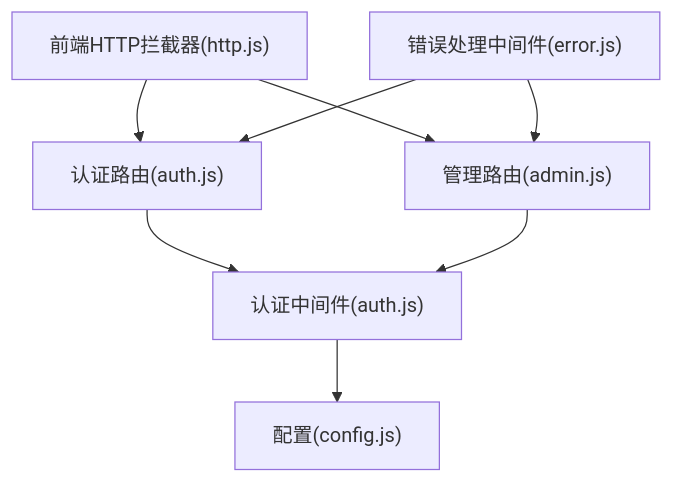
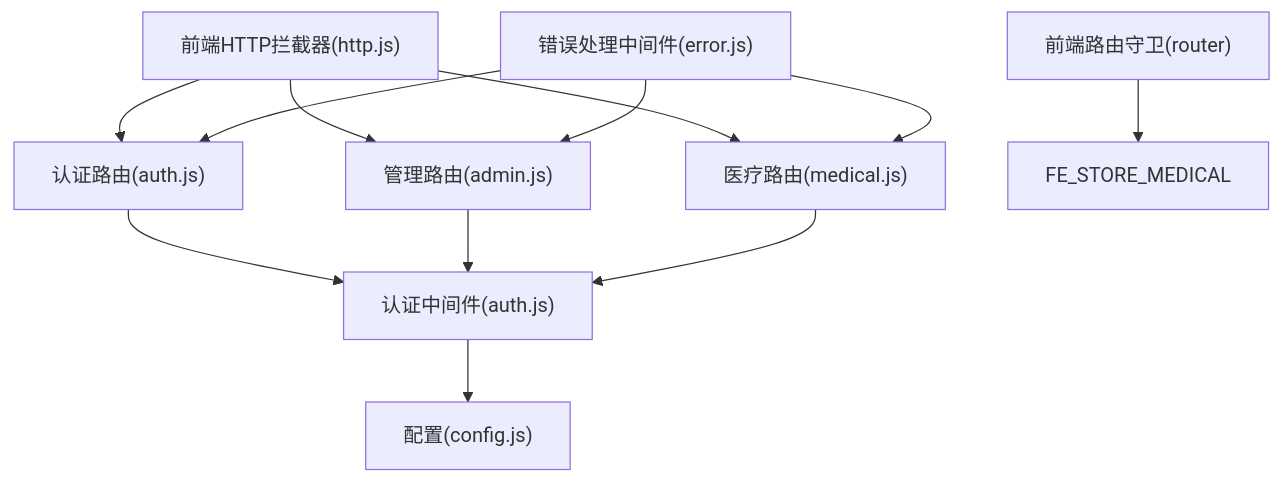
The eighth of 9 diagrams in .qoder/repowiki/zh/content/后端服务架构/核心服务模块/中间件系统/认证中间件.md (Giraffe-Han/microAPP), drawn with Mermaid before and after one commit. The commit also changed other lines of this file and 143 other files, not shown here.

````diff
--- a/.qoder/repowiki/zh/content/后端服务架构/核心服务模块/中间件系统/认证中间件.md
+++ b/.qoder/repowiki/zh/content/后端服务架构/核心服务模块/中间件系统/认证中间件.md
@@ -277,10 +382,14 @@
 ```mermaid
 graph TB
 AUTHMW["认证中间件(auth.js)"] --> CFG["配置(config.js)"]
 ROUTE_AUTH["认证路由(auth.js)"] --> AUTHMW
 ROUTE_ADMIN["管理路由(admin.js)"] --> AUTHMW
+ROUTE_MEDICAL["医疗路由(medical.js)"] --> AUTHMW
 FE_HTTP["前端HTTP拦截器(http.js)"] --> ROUTE_AUTH
 FE_HTTP --> ROUTE_ADMIN
+FE_HTTP --> ROUTE_MEDICAL
+FE_ROUTER["前端路由守卫(router)"] --> FE_STORE_MEDICAL
 ERR["错误处理中间件(error.js)"] --> ROUTE_AUTH
 ERR --> ROUTE_ADMIN
+ERR --> ROUTE_MEDICAL
 ```
````
